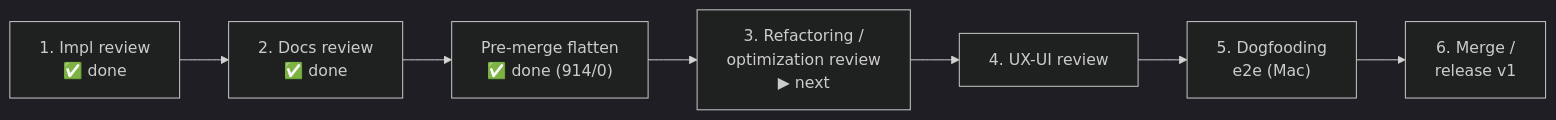
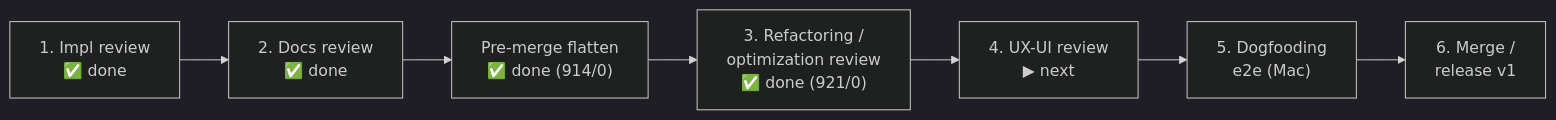
One commit to alergyonthestage/claude-orchestrator changed the diagram in docs/maintainers/roadmap.md. Above: the diagram before and after it, drawn with Mermaid (dark theme). The commit also changed other lines of this file and 2 other files, not shown here.

First line of the commit message:
docs(roadmap): refactoring review done (step 3); record + L6->B backlog

````diff
--- a/docs/maintainers/roadmap.md
+++ b/docs/maintainers/roadmap.md
@@ -43,9 +43,9 @@
 ```mermaid
 flowchart LR
   A["1. Impl review<br/>✅ done"] --> B["2. Docs review<br/>✅ done"]
   B --> X["Pre-merge flatten<br/>✅ done (914/0)"]
-  X --> C["3. Refactoring /<br/>optimization review<br/>▶ next"]
-  C --> D["4. UX-UI review"]
+  X --> C["3. Refactoring /<br/>optimization review<br/>✅ done (921/0)"]
+  C --> D["4. UX-UI review<br/>▶ next"]
   D --> E["5. Dogfooding<br/>e2e (Mac)"]
   E --> F["6. Merge /<br/>release v1"]
 ```
````
